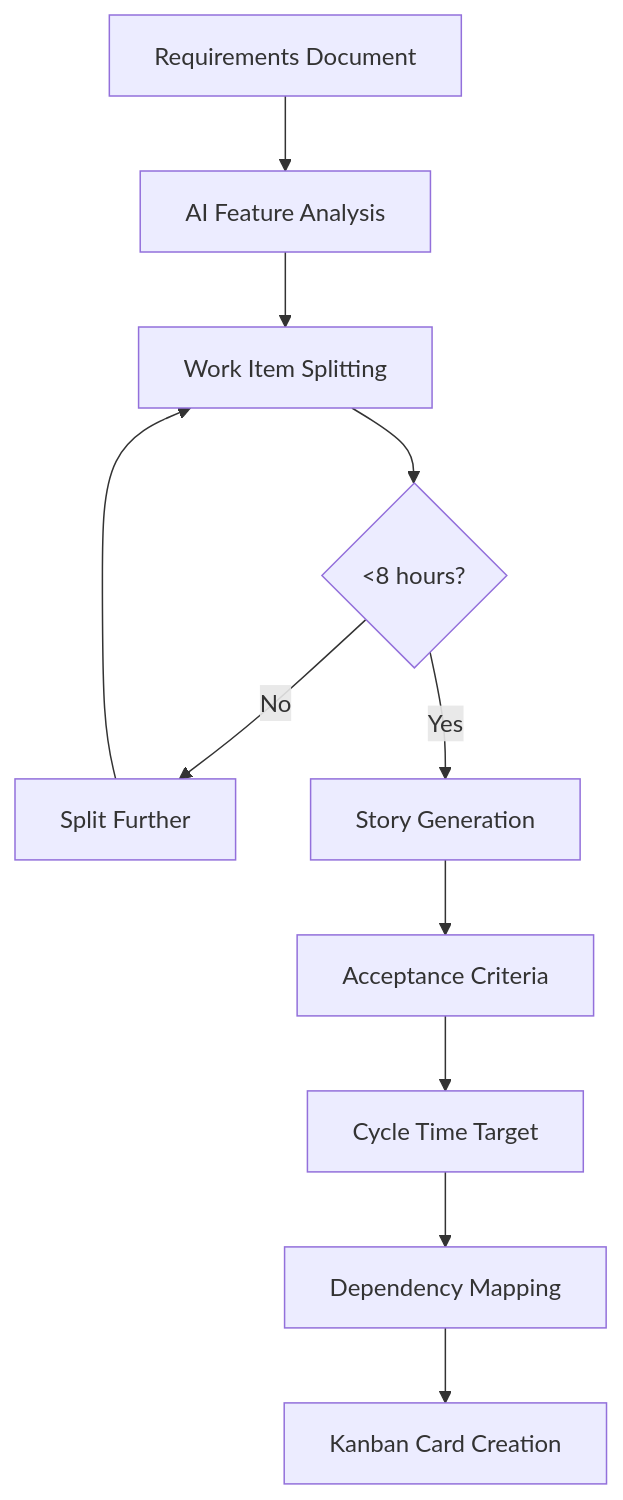
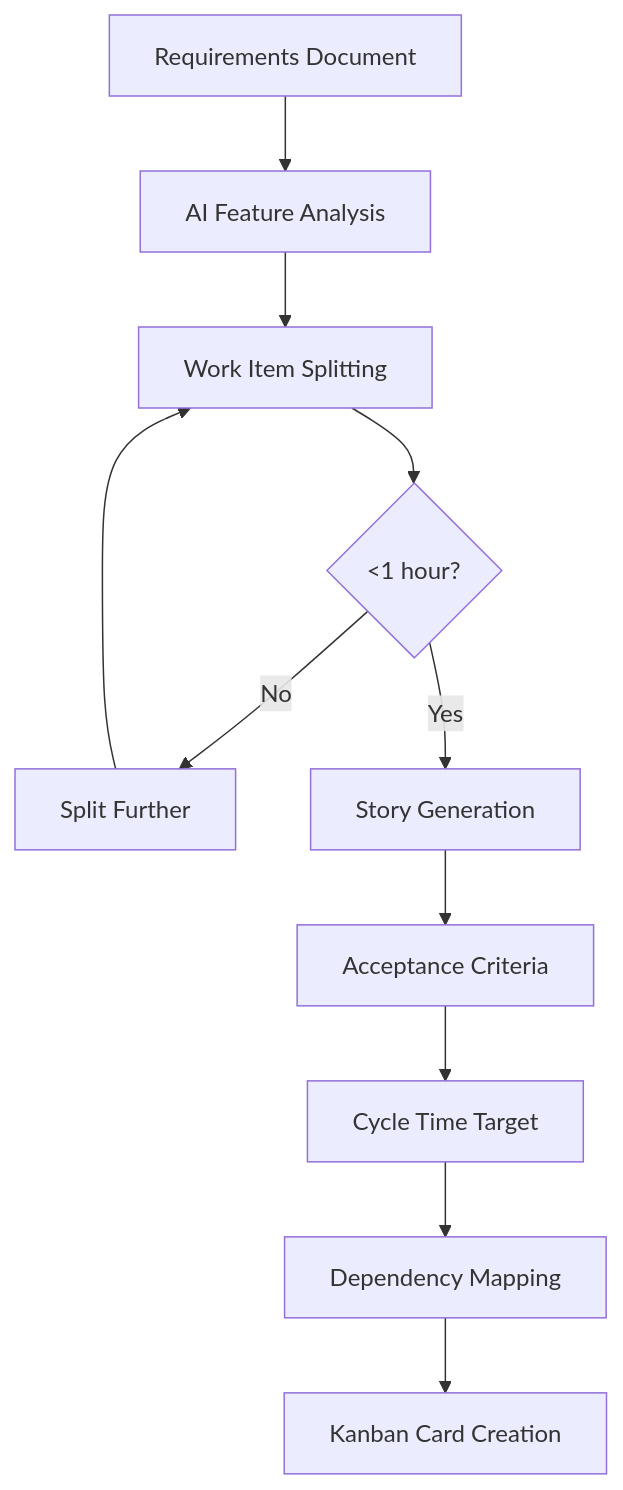
Before and after one commit to PaulDuvall/ai-development-patterns: the seventh of 13 diagrams in README.md, drawn with Mermaid. The commit also changed other lines of this file, not shown here.

First line of the commit message:
docs: update Issue Generation pattern to <1 hour for AI-assisted development

````diff
--- a/README.md
+++ b/README.md
@@ -640,13 +640,13 @@
 ```mermaid
 graph TD
     A[Requirements Document] --> B[AI Feature Analysis]
     B --> C[Work Item Splitting]
-    C --> D{<8 hours?}
+    C --> D{<1 hour?}
     D -->|No| E[Split Further]
     E --> C
     D -->|Yes| F[Story Generation]
     F --> G[Acceptance Criteria]
     G --> H[Cycle Time Target]
     H --> I[Dependency Mapping]
     I --> J[Kanban Card Creation]
 ```
````
